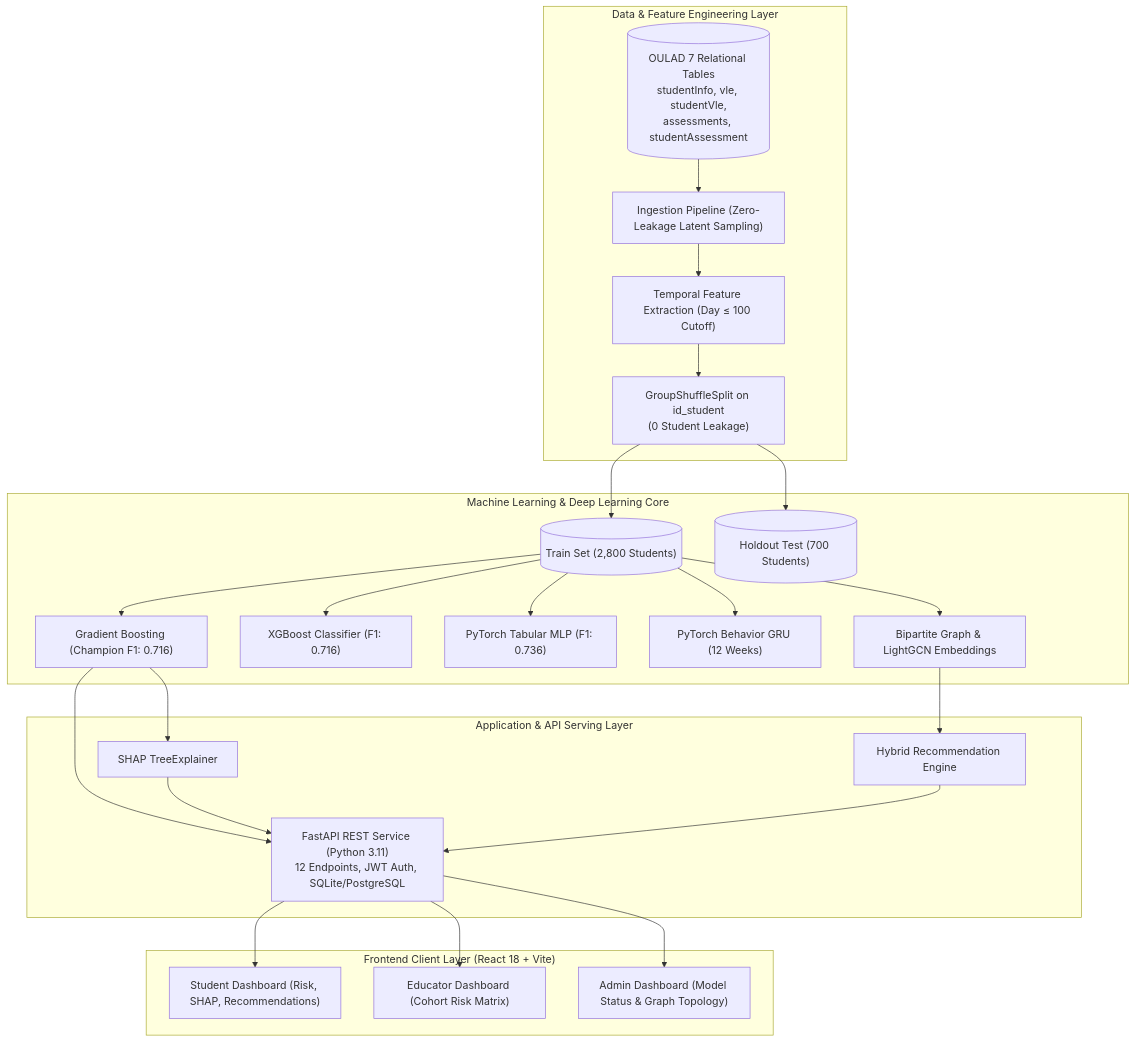
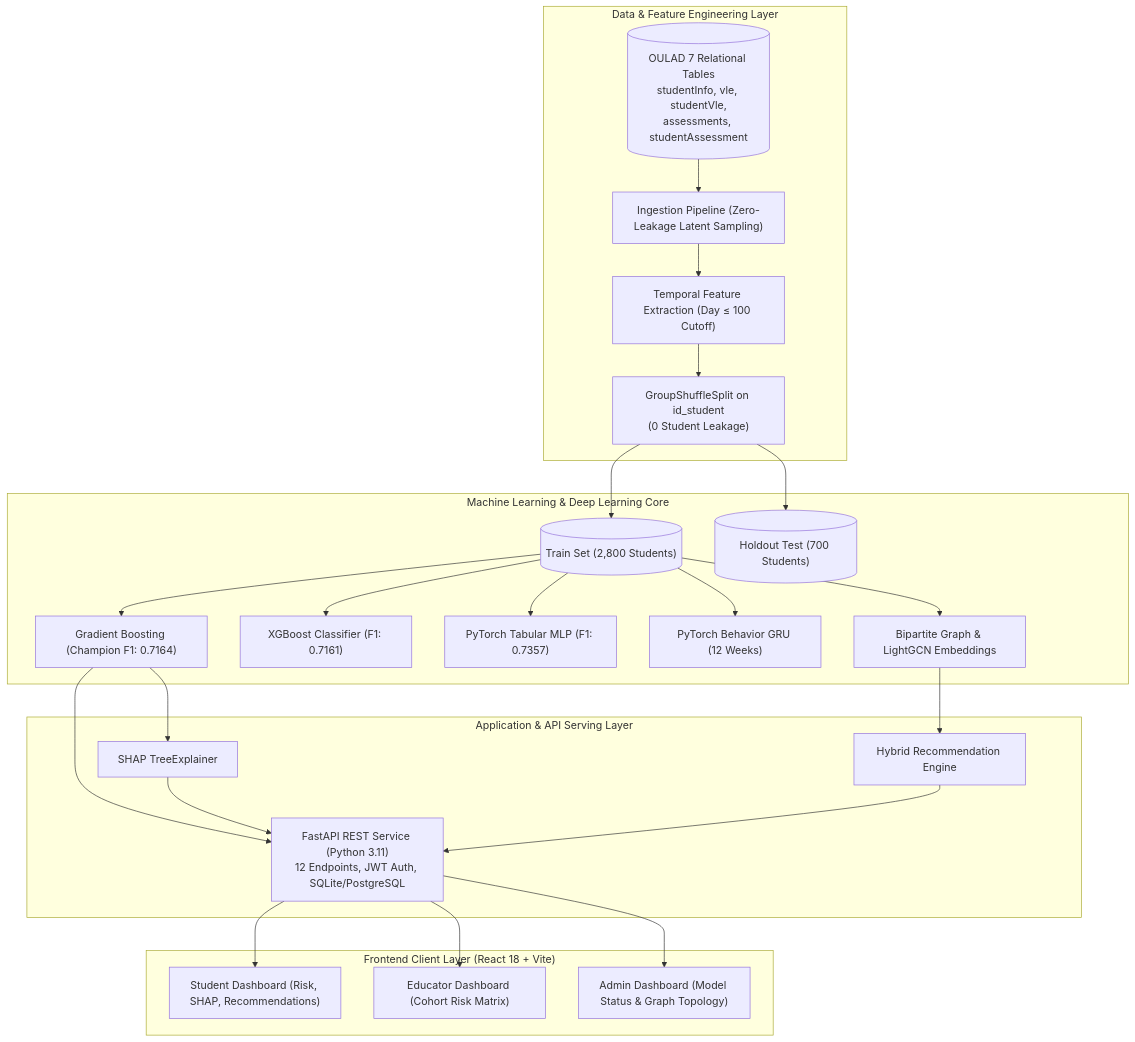
One commit to rohitam26/adaptive-learning-predictive-intelligence changed the diagram in README.md. Above: the diagram before and after it, drawn with Mermaid. The commit also changed other lines of this file and 19 other files, not shown here.

````diff
--- a/README.md
+++ b/README.md
@@ -49,51 +73,51 @@
 ```mermaid
 flowchart TD
     subgraph Data_Layer ["Data & Feature Engineering Layer"]
         OULAD[("OULAD 7 Relational Tables<br/>studentInfo, vle, studentVle,<br/>assessments, studentAssessment")]
         INGEST["Ingestion Pipeline (Zero-Leakage Latent Sampling)"]
         FEAT["Temporal Feature Extraction (Day &le; 100 Cutoff)"]
         SPLIT["GroupShuffleSplit on id_student<br/>(0 Student Leakage)"]
         OULAD --> INGEST --> FEAT --> SPLIT
     end
 
     subgraph ML_Layer ["Machine Learning & Deep Learning Core"]
         TRAIN_DATA[("Train Set (2,800 Students)")]
         TEST_DATA[("Holdout Test (700 Students)")]
         SPLIT --> TRAIN_DATA
         SPLIT --> TEST_DATA
 
-        GB["Gradient Boosting (Champion F1: 0.716)"]
-        XGB["XGBoost Classifier (F1: 0.716)"]
-        MLP["PyTorch Tabular MLP (F1: 0.736)"]
+        GB["Gradient Boosting (Champion F1: 0.7164)"]
+        XGB["XGBoost Classifier (F1: 0.7161)"]
+        MLP["PyTorch Tabular MLP (F1: 0.7357)"]
         GRU["PyTorch Behavior GRU (12 Weeks)"]
         GRAPH["Bipartite Graph & LightGCN Embeddings"]
 
         TRAIN_DATA --> GB
         TRAIN_DATA --> XGB
         TRAIN_DATA --> MLP
         TRAIN_DATA --> GRU
         TRAIN_DATA --> GRAPH
     end
 
     subgraph Serving_Layer ["Application & API Serving Layer"]
         SHAP["SHAP TreeExplainer"]
         GB --> SHAP
         HYBRID["Hybrid Recommendation Engine"]
         GRAPH --> HYBRID
 
         FASTAPI["FastAPI REST Service (Python 3.11)<br/>12 Endpoints, JWT Auth, SQLite/PostgreSQL"]
         GB --> FASTAPI
         SHAP --> FASTAPI
         HYBRID --> FASTAPI
     end
 
     subgraph Client_Layer ["Frontend Client Layer (React 18 + Vite)"]
         STUDENT["Student Dashboard (Risk, SHAP, Recommendations)"]
         EDUCATOR["Educator Dashboard (Cohort Risk Matrix)"]
         ADMIN["Admin Dashboard (Model Status & Graph Topology)"]
 
         FASTAPI --> STUDENT
         FASTAPI --> EDUCATOR
         FASTAPI --> ADMIN
     end
 ```
````
